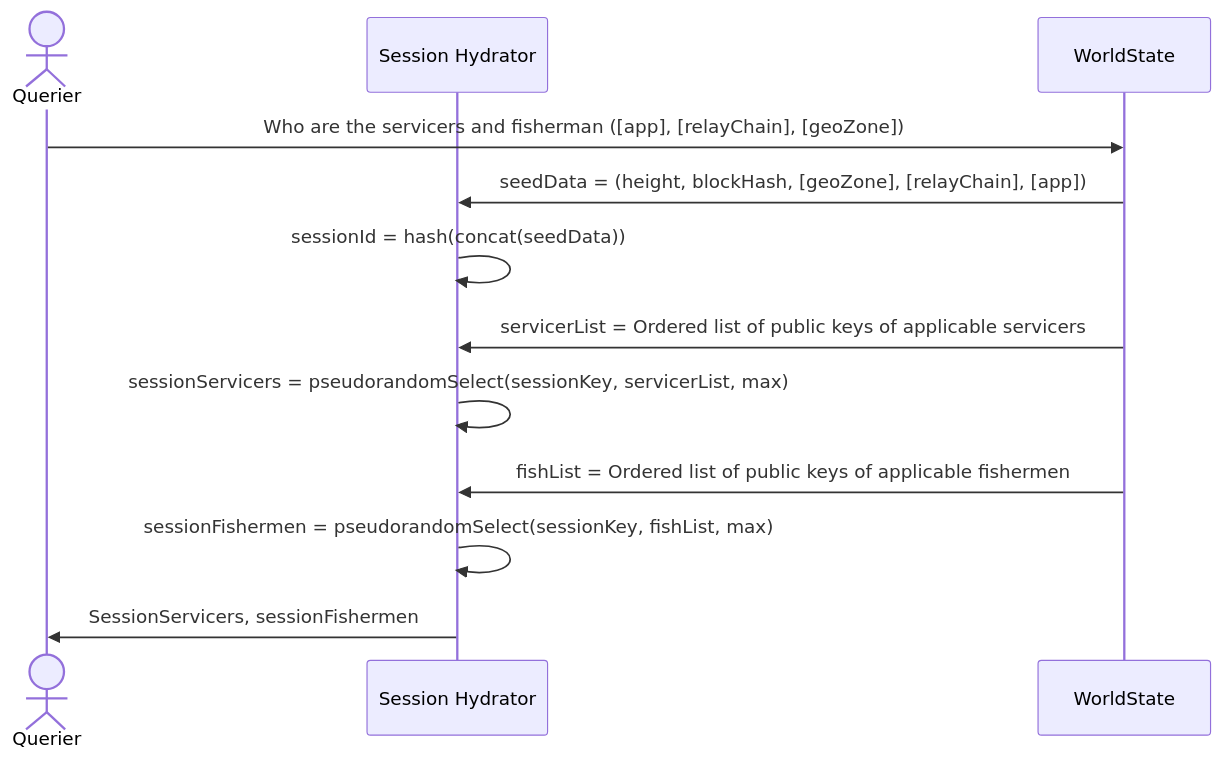
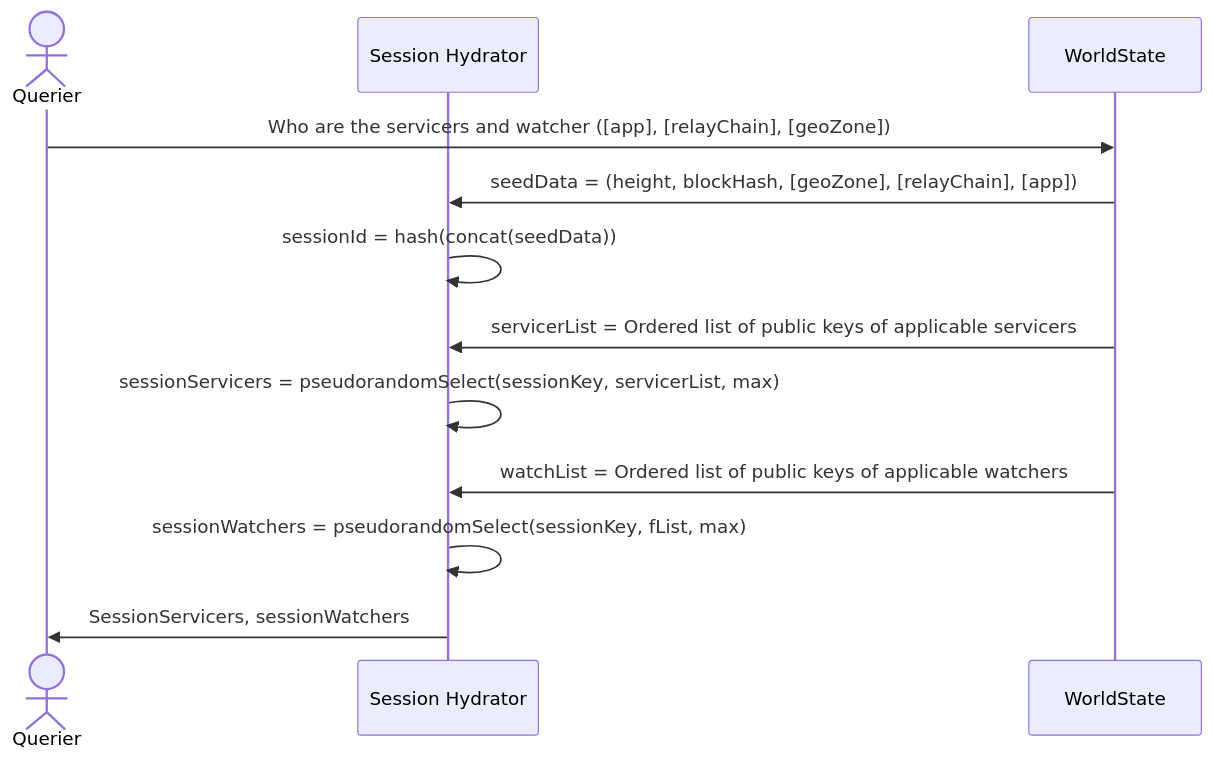
Before and after one commit to pokt-network/pocket: the diagram in utility/doc/PROTOCOL_SESSION.md, drawn with Mermaid. The commit also changed other lines of this file and 87 other files, not shown here.

Commit message:
Rename all instances of 'fisherman' to 'watcher'

````diff
--- a/utility/doc/PROTOCOL_SESSION.md
+++ b/utility/doc/PROTOCOL_SESSION.md
@@ -31,20 +31,20 @@
 ```mermaid
 sequenceDiagram
     %% The `Querier` is anyone (app or not) that asks to retrieve session metadata
     actor Q AS Querier
 
     participant S AS Session Hydrator
     participant WS AS WorldState
 
-    Q->>WS: Who are the servicers and fisherman ([app], [relayChain], [geoZone])
+    Q->>WS: Who are the servicers and watcher ([app], [relayChain], [geoZone])
     WS->>S: seedData = (height, blockHash, [geoZone], [relayChain], [app])
 
     S->>S: sessionId = hash(concat(seedData))
     WS->>S: servicerList = Ordered list of public keys of applicable servicers
 
     S->>S: sessionServicers = pseudorandomSelect(sessionKey, servicerList, max)
-    WS->>S: fishList = Ordered list of public keys of applicable fishermen
+    WS->>S: watchList = Ordered list of public keys of applicable watchers
 
-    S->>S: sessionFishermen = pseudorandomSelect(sessionKey, fishList, max)
-    S->>Q: SessionServicers, sessionFishermen
+    S->>S: sessionWatchers = pseudorandomSelect(sessionKey, fList, max)
+    S->>Q: SessionServicers, sessionWatchers
 ```
````
